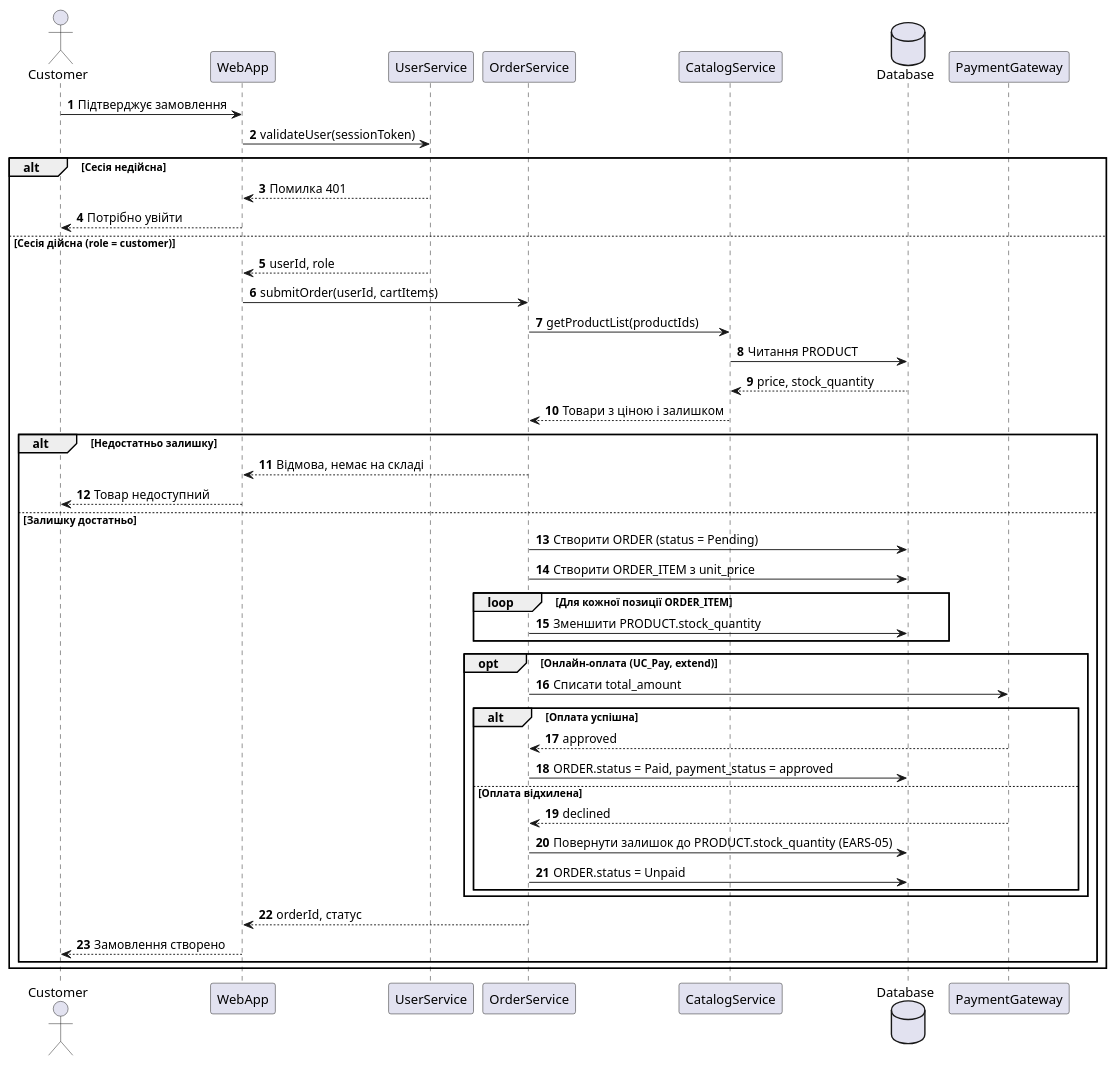
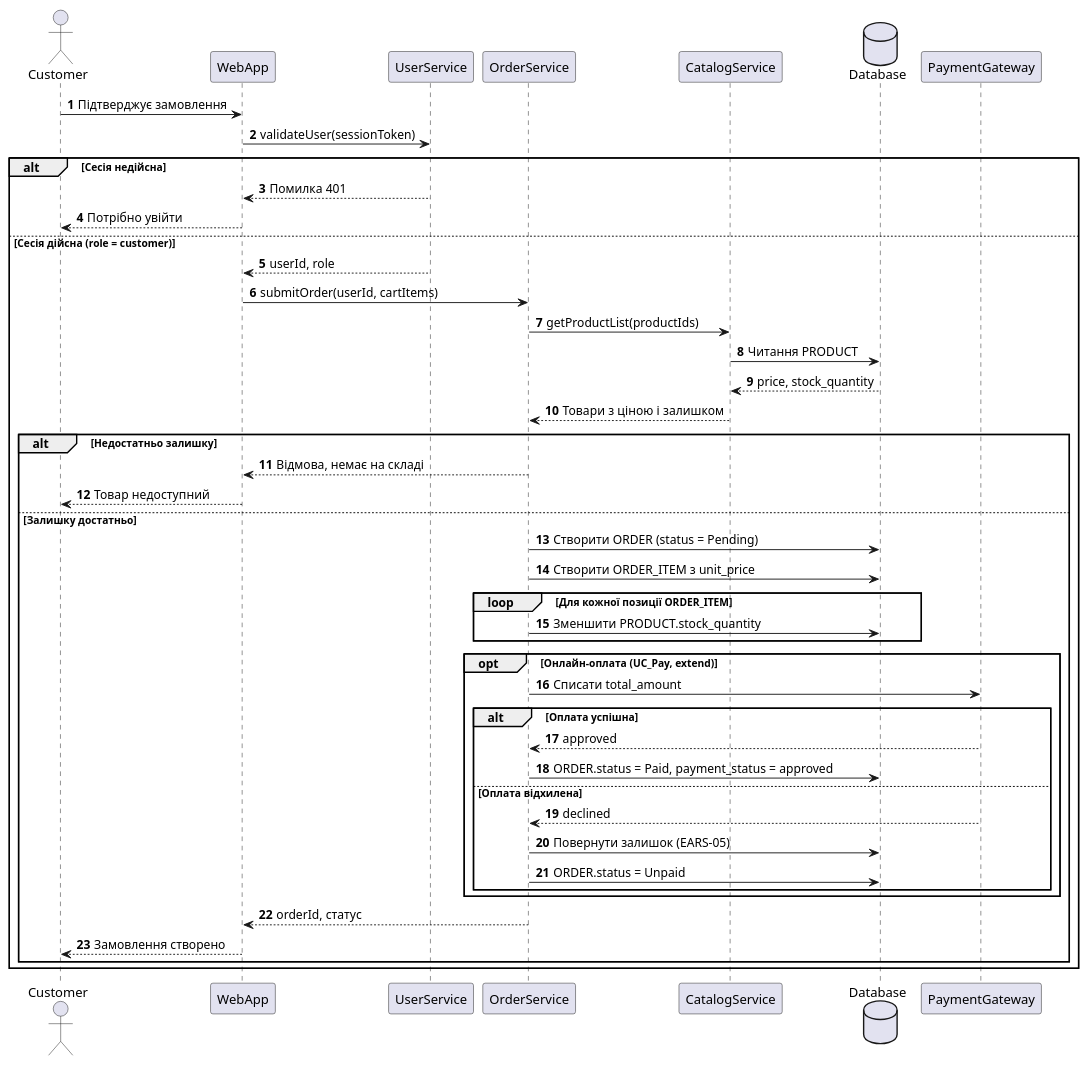
One commit to Stefect/Modeling-and-Analysis-of-Software-Requirements changed the diagram in task-3/sequence.puml. Above: the diagram before and after it, drawn with PlantUML. The commit also changed 1 other file, not shown here.

Commit message:
Оновив повідомлення про повернення залишку в sequence-діаграмах оформлення замовлення

```diff
--- a/task-3/sequence.puml
+++ b/task-3/sequence.puml
@@ -1,48 +1,48 @@
 @startuml sequence
 autonumber
 
 actor Customer
 participant WebApp
 participant UserService
 participant OrderService
 participant CatalogService
 database Database
 participant PaymentGateway
 
 Customer -> WebApp : Підтверджує замовлення
 WebApp -> UserService : validateUser(sessionToken)
 alt Сесія недійсна
   UserService --> WebApp : Помилка 401
   WebApp --> Customer : Потрібно увійти
 else Сесія дійсна (role = customer)
   UserService --> WebApp : userId, role
   WebApp -> OrderService : submitOrder(userId, cartItems)
   OrderService -> CatalogService : getProductList(productIds)
   CatalogService -> Database : Читання PRODUCT
   Database --> CatalogService : price, stock_quantity
   CatalogService --> OrderService : Товари з ціною і залишком
   alt Недостатньо залишку
     OrderService --> WebApp : Відмова, немає на складі
     WebApp --> Customer : Товар недоступний
   else Залишку достатньо
     OrderService -> Database : Створити ORDER (status = Pending)
     OrderService -> Database : Створити ORDER_ITEM з unit_price
     loop Для кожної позиції ORDER_ITEM
       OrderService -> Database : Зменшити PRODUCT.stock_quantity
     end
     opt Онлайн-оплата (UC_Pay, extend)
       OrderService -> PaymentGateway : Списати total_amount
       alt Оплата успішна
         PaymentGateway --> OrderService : approved
         OrderService -> Database : ORDER.status = Paid, payment_status = approved
       else Оплата відхилена
         PaymentGateway --> OrderService : declined
-        OrderService -> Database : Повернути залишок до PRODUCT.stock_quantity (EARS-05)
+        OrderService -> Database : Повернути залишок (EARS-05)
         OrderService -> Database : ORDER.status = Unpaid
       end
     end
     OrderService --> WebApp : orderId, статус
     WebApp --> Customer : Замовлення створено
   end
 end
 @enduml
```
